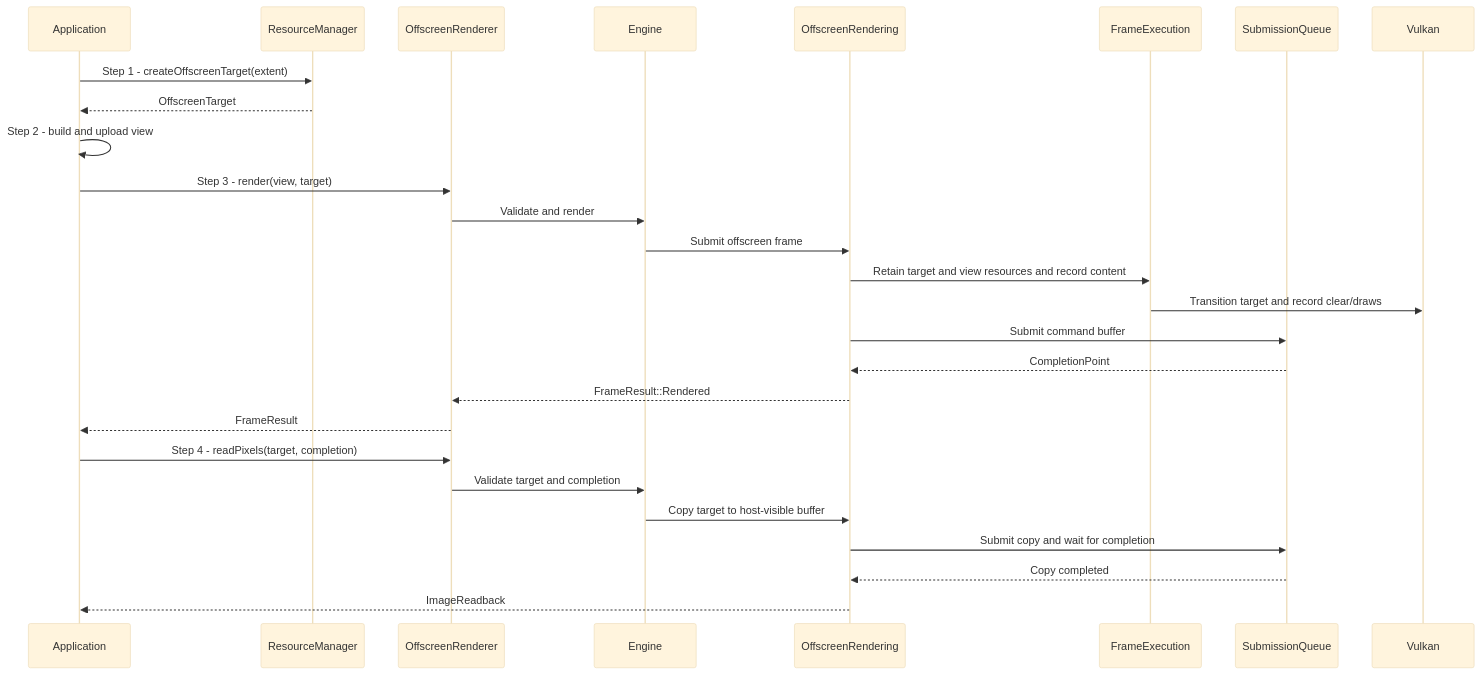
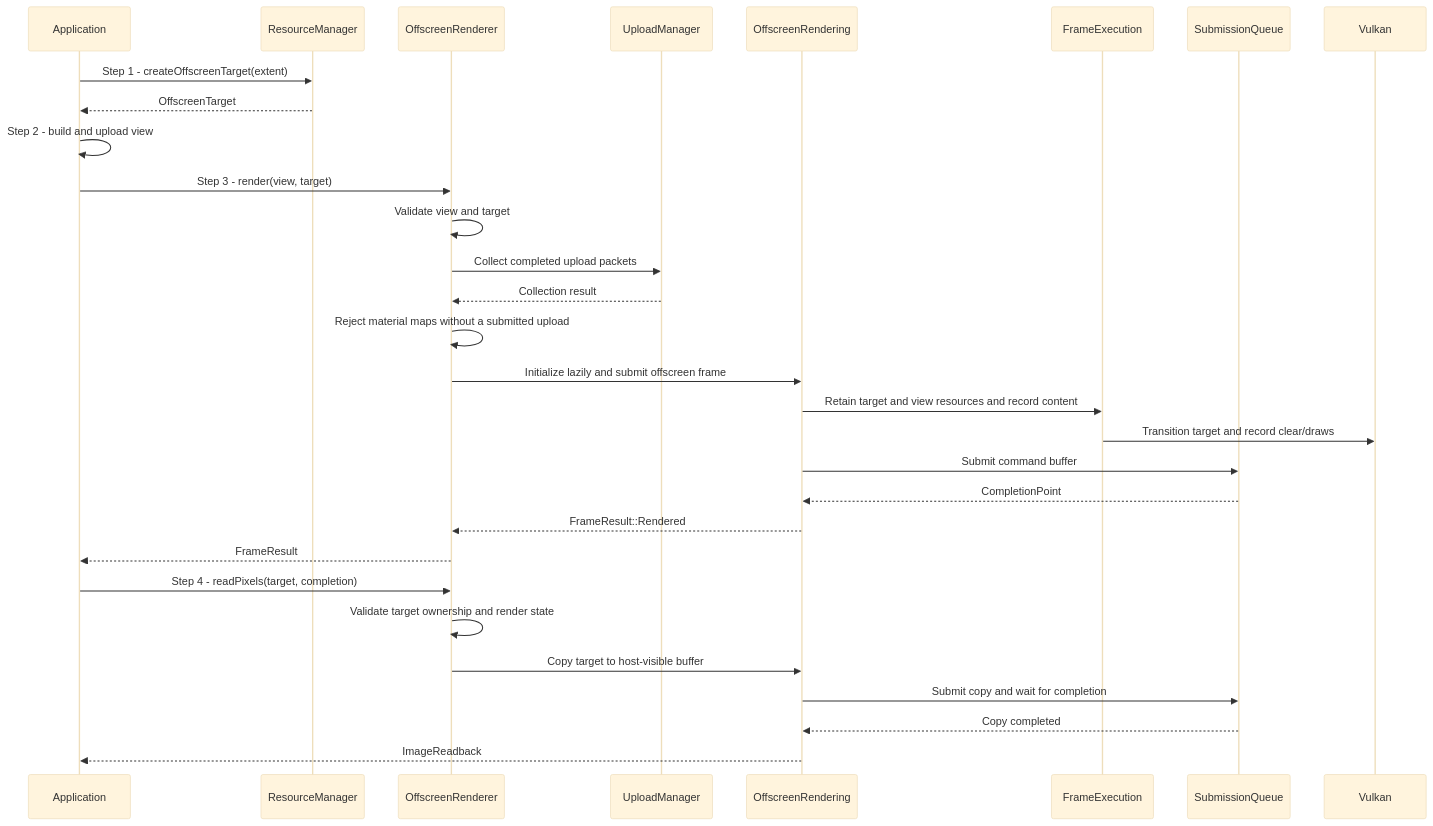
Before and after one commit to a-soltysik/Panda: the diagram in docs/use-cases/render-offscreen-view.md, drawn with Mermaid (base theme). The commit also changed other lines of this file and 17 other files, not shown here.

````diff
--- a/docs/use-cases/render-offscreen-view.md
+++ b/docs/use-cases/render-offscreen-view.md
@@ -35,29 +36,32 @@
 ```mermaid
 sequenceDiagram
     participant A as Application
     participant M as ResourceManager
     participant R as OffscreenRenderer
-    participant C as Engine
+    participant U as UploadManager
     participant O as OffscreenRendering
     participant E as FrameExecution
     participant Q as SubmissionQueue
     participant V as Vulkan
     A->>M: Step 1 - createOffscreenTarget(extent)
     M-->>A: OffscreenTarget
     A->>A: Step 2 - build and upload view
     A->>R: Step 3 - render(view, target)
-    R->>C: Validate and render
-    C->>O: Submit offscreen frame
+    R->>R: Validate view and target
+    R->>U: Collect completed upload packets
+    U-->>R: Collection result
+    R->>R: Reject material maps without a submitted upload
+    R->>O: Initialize lazily and submit offscreen frame
     O->>E: Retain target and view resources and record content
     E->>V: Transition target and record clear/draws
     O->>Q: Submit command buffer
     Q-->>O: CompletionPoint
     O-->>R: FrameResult::Rendered
     R-->>A: FrameResult
     A->>R: Step 4 - readPixels(target, completion)
-    R->>C: Validate target and completion
-    C->>O: Copy target to host-visible buffer
+    R->>R: Validate target ownership and render state
+    R->>O: Copy target to host-visible buffer
     O->>Q: Submit copy and wait for completion
     Q-->>O: Copy completed
     O-->>A: ImageReadback
 ```
````
